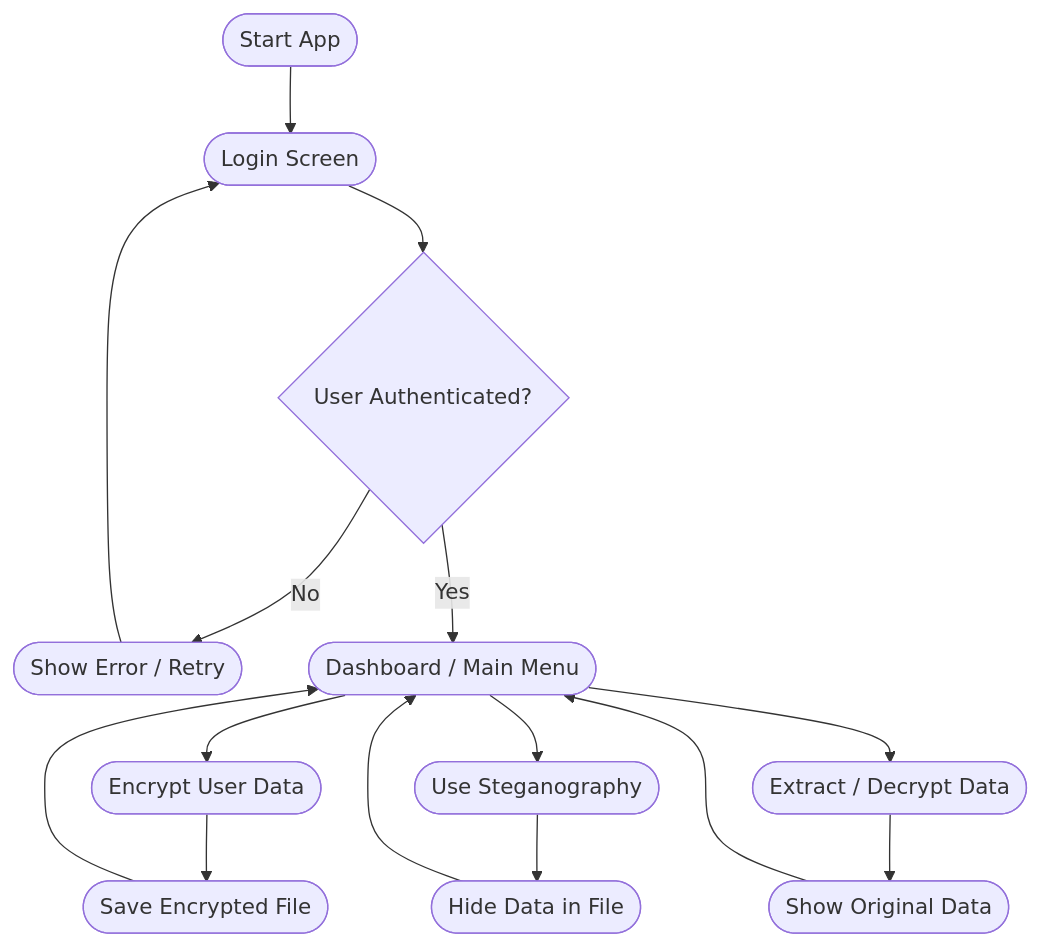
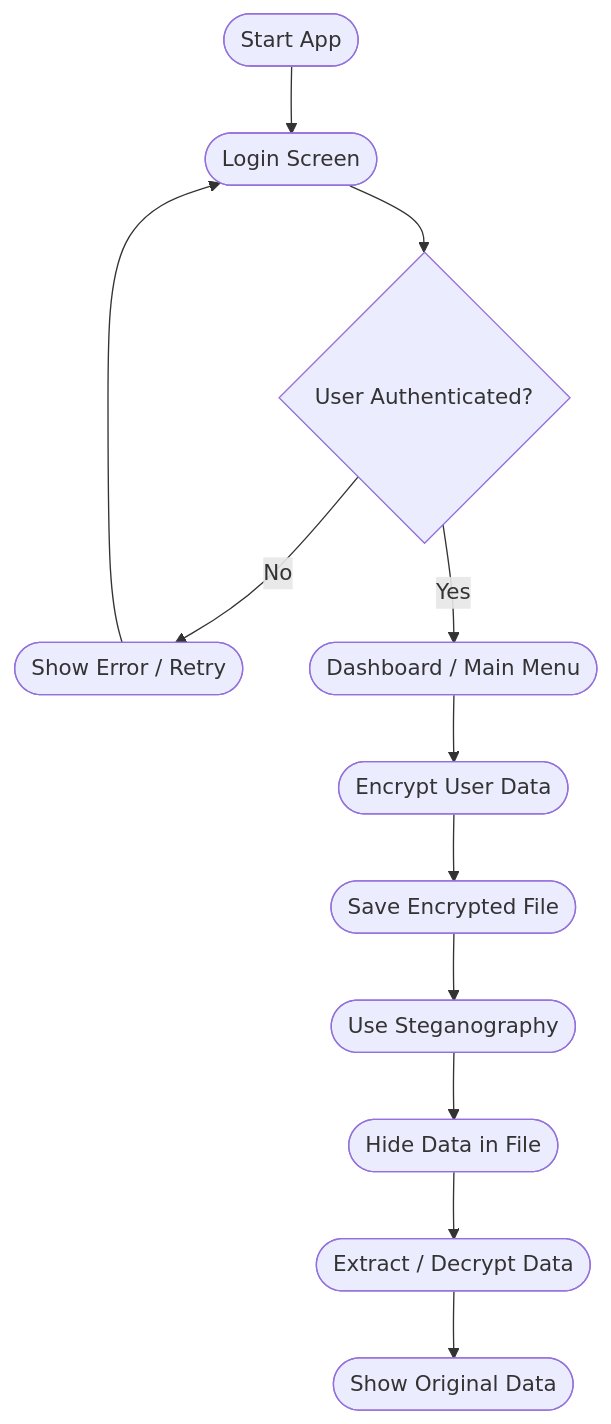
Before and after one commit to Aaronk41/personal-data-security: the diagram in flowchart.mmd, drawn with Mermaid.

```diff
--- a/flowchart.mmd
+++ b/flowchart.mmd
@@ -1,15 +1,13 @@
 flowchart TD
     A([Start App]) --> B([Login Screen])
     B --> C{User Authenticated?}
     C -- No --> D([Show Error / Retry])
     D --> B
     C -- Yes --> E([Dashboard / Main Menu])
     
     E --> F([Encrypt User Data])
-    F --> G([Save Encrypted File]) --> E
-
-    E --> H([Use Steganography])
-    H --> I([Hide Data in File]) --> E
-
-    E --> J([Extract / Decrypt Data])
-    J --> K([Show Original Data]) --> E
+    F --> G([Save Encrypted File])
+    G --> H([Use Steganography])
+    H --> I([Hide Data in File])
+    I --> J([Extract / Decrypt Data])
+    J --> K([Show Original Data])
```
